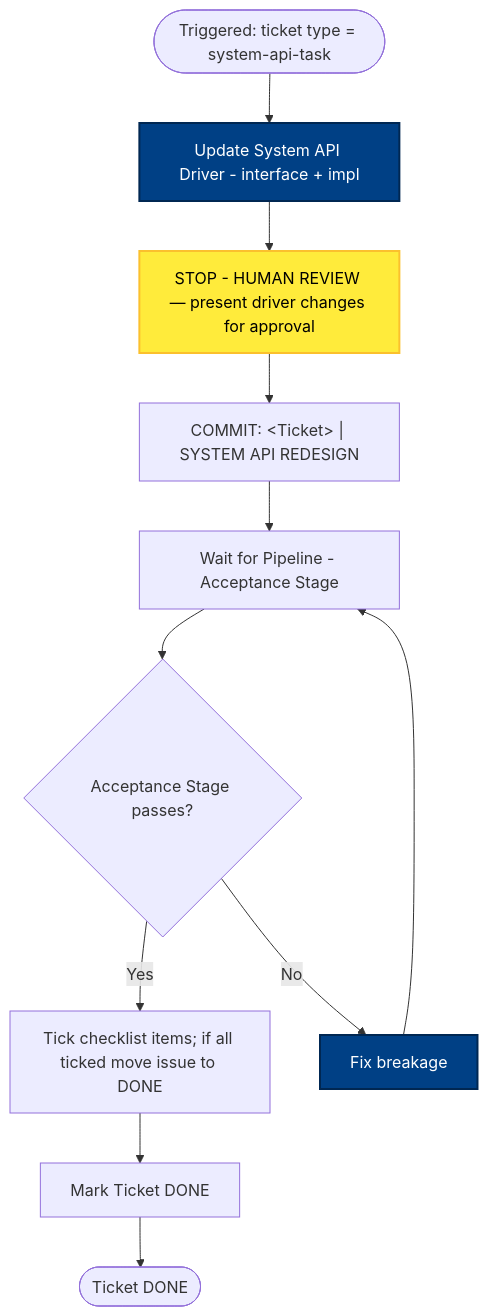
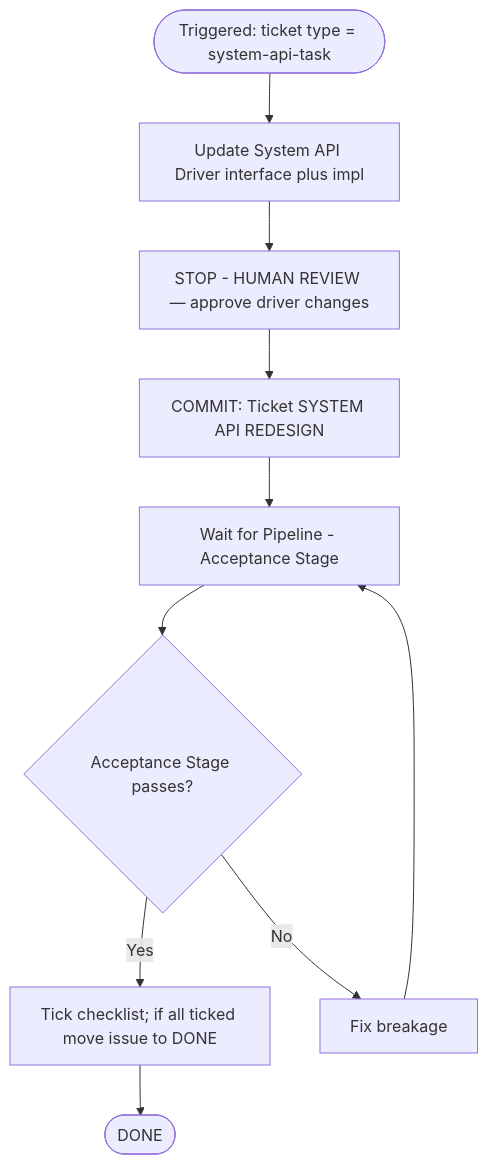
The sixth of 10 diagrams in docs/atdd/process/process-diagram.md (optivem/starter), drawn with Mermaid before and after one commit. The commit also changed other lines of this file and 1 other file, not shown here.

First line of the commit message:
Regenerate process diagrams after AT/CT phase doc split

````diff
--- a/docs/atdd/process/process-diagram.md
+++ b/docs/atdd/process/process-diagram.md
@@ -121,29 +209,22 @@
 ```mermaid
 flowchart TD
-    TRIGGER([Triggered: ticket type = system-api-task])
-    UPDATE_DRIVER[Update System API Driver - interface + impl]
-    STOP_REVIEW[STOP - HUMAN REVIEW — present driver changes for approval]
-    COMMIT["COMMIT: &lt;Ticket&gt; | SYSTEM API REDESIGN"]
-    WAIT_PIPELINE[Wait for Pipeline - Acceptance Stage]
-    PIPELINE_PASS{Acceptance Stage passes?}
+    START([Triggered: ticket type = system-api-task])
+    UPDATE[Update System API Driver interface plus impl]
+    STOP_REVIEW[STOP - HUMAN REVIEW — approve driver changes]
+    COMMIT[COMMIT: Ticket SYSTEM API REDESIGN]
+    WAIT[Wait for Pipeline - Acceptance Stage]
+    PASS{Acceptance Stage passes?}
     FIX[Fix breakage]
-    TICK_CHECKLIST[Tick checklist items; if all ticked move issue to DONE]
-    MARK_DONE[Mark Ticket DONE]
-    DONE([Ticket DONE])
+    TICK[Tick checklist; if all ticked move issue to DONE]
+    DONE([DONE])
 
-    TRIGGER --> UPDATE_DRIVER
-    UPDATE_DRIVER --> STOP_REVIEW
+    START --> UPDATE
+    UPDATE --> STOP_REVIEW
     STOP_REVIEW --> COMMIT
-    COMMIT --> WAIT_PIPELINE
-    WAIT_PIPELINE --> PIPELINE_PASS
-    PIPELINE_PASS -->|Yes| TICK_CHECKLIST
-    TICK_CHECKLIST --> MARK_DONE
-    PIPELINE_PASS -->|No| FIX
-    MARK_DONE --> DONE
-    FIX --> WAIT_PIPELINE
-
-    classDef effortNode fill:#004085,stroke:#002752,stroke-width:2px,color:#fff
-    class UPDATE_DRIVER,FIX effortNode
-    classDef humanReviewNode fill:#ffeb3b,stroke:#fbc02d,stroke-width:2px,color:#000
-    class STOP_REVIEW humanReviewNode
+    COMMIT --> WAIT
+    WAIT --> PASS
+    PASS -->|Yes| TICK
+    TICK --> DONE
+    PASS -->|No| FIX
+    FIX --> WAIT
 ```
````
